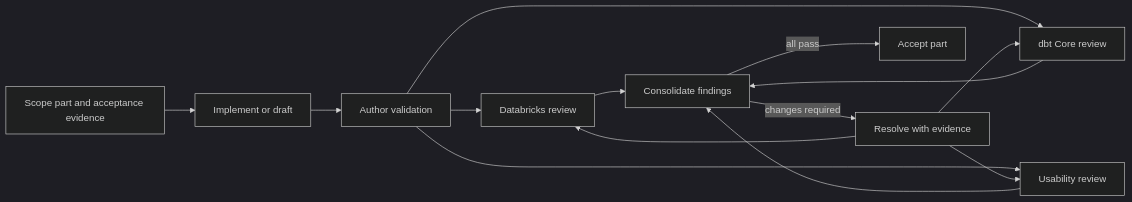
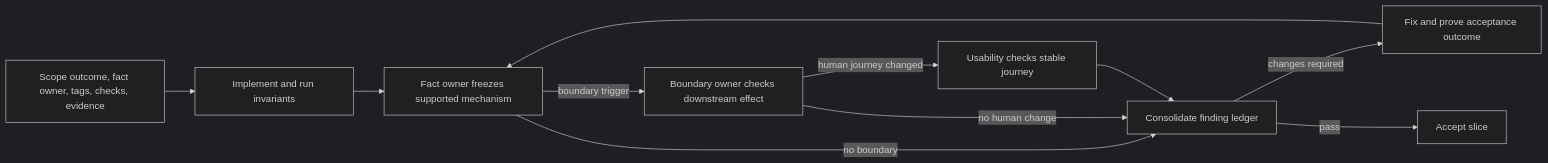
Before and after one commit to MiguelElGallo/dbtobsb: the diagram in docs/plans/review-process.md, drawn with Mermaid (dark theme). The commit also changed other lines of this file and 131 other files, not shown here.

````diff
--- a/docs/plans/review-process.md
+++ b/docs/plans/review-process.md
@@ -89,16 +170,13 @@
 ```mermaid
 flowchart LR
-    S["Scope part and acceptance evidence"] --> I["Implement or draft"]
-    I --> V["Author validation"]
-    V --> R1["Databricks review"]
-    V --> R2["dbt Core review"]
-    V --> R3["Usability review"]
-    R1 --> F["Consolidate findings"]
-    R2 --> F
-    R3 --> F
-    F -->|"changes required"| X["Resolve with evidence"]
-    X --> R1
-    X --> R2
-    X --> R3
-    F -->|"all pass"| A["Accept part"]
+    S["Scope outcome, fact owner, tags, checks, evidence"] --> I["Implement and run invariants"]
+    I --> O["Fact owner freezes supported mechanism"]
+    O -->|"boundary trigger"| B["Boundary owner checks downstream effect"]
+    O -->|"no boundary"| L["Consolidate finding ledger"]
+    B -->|"human journey changed"| U["Usability checks stable journey"]
+    B -->|"no human change"| L
+    U --> L
+    L -->|"changes required"| F["Fix and prove acceptance outcome"]
+    F --> O
+    L -->|"pass"| A["Accept slice"]
 ```
````
